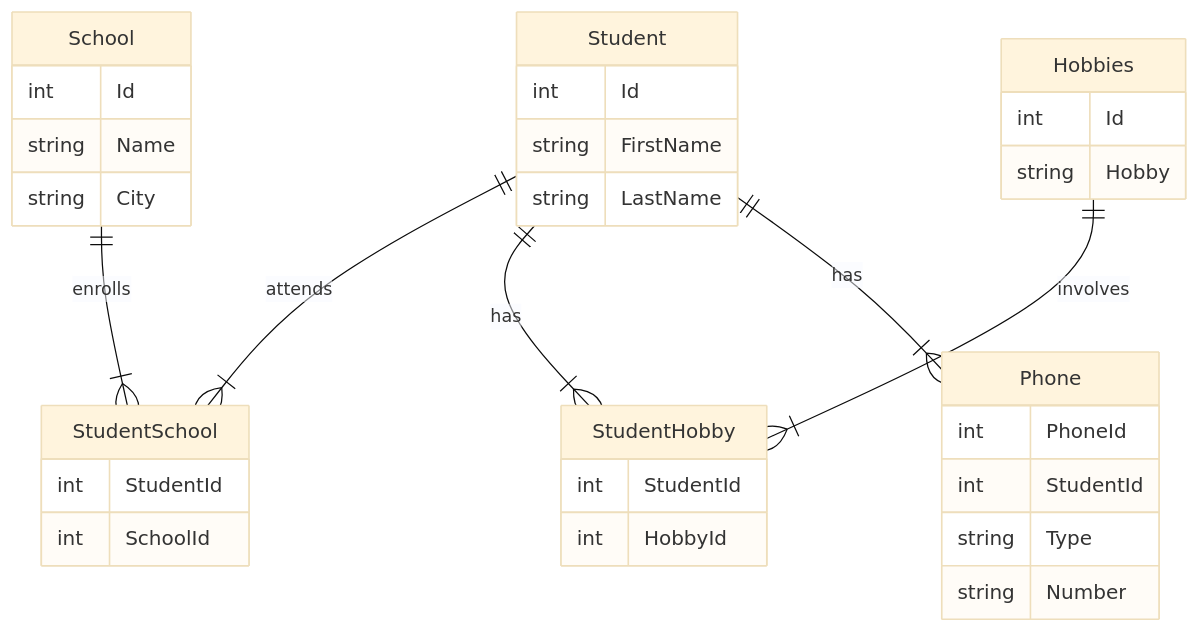
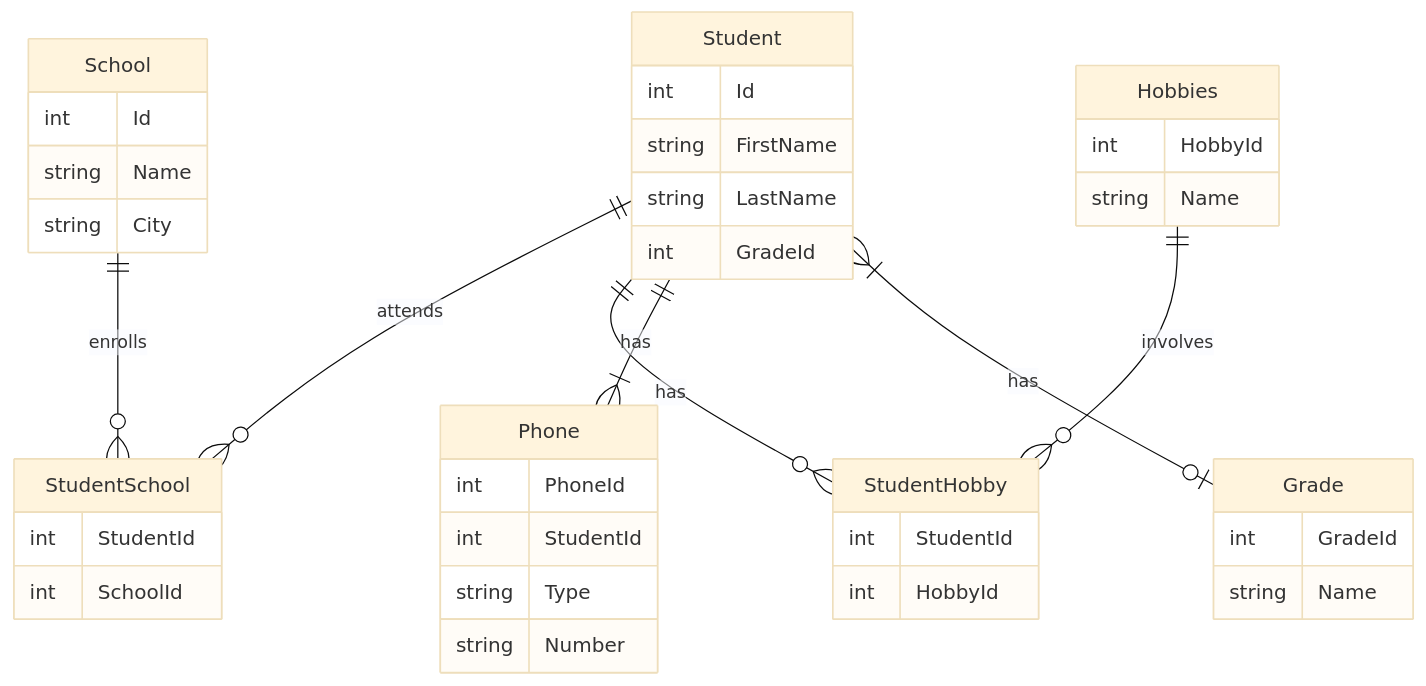
The diagram in README.md (dgonmt/db2022-inl), drawn with Mermaid (base theme) before and after one commit.

````diff
--- a/README.md
+++ b/README.md
@@ -8,39 +8,45 @@
 ```mermaid
 erDiagram
-    Student ||--|{ StudentSchool : attends
-    School ||--|{ StudentSchool : enrolls
-    Student ||--|{ StudentHobby : has
-    Hobbies ||--|{ StudentHobby : involves
+    Student ||--o{ StudentSchool : attends
+    School ||--o{ StudentSchool : enrolls
+    Student ||--o{ StudentHobby : has
+    Hobbies ||--o{ StudentHobby : involves
     Student ||--|{ Phone : has
+    Student }|--o| Grade : has
 
 
 
     Hobbies {
-    	int Id
-		string Hobby
+    	int HobbyId
+		string Name
     }
     Phone {
     	int PhoneId
 		int StudentId
 		string Type
 		string Number
     }
     StudentHobby {
 	  	int StudentId
 	  	int HobbyId 
     }
     StudentSchool {
         int StudentId
         int SchoolId
     }
     Student {
         int Id
         string FirstName
         string LastName
+        int GradeId
     }
     School {
         int Id
         string Name
         string City
     }
+    Grade {
+        int GradeId
+        string Name
+    }
 ```
````
